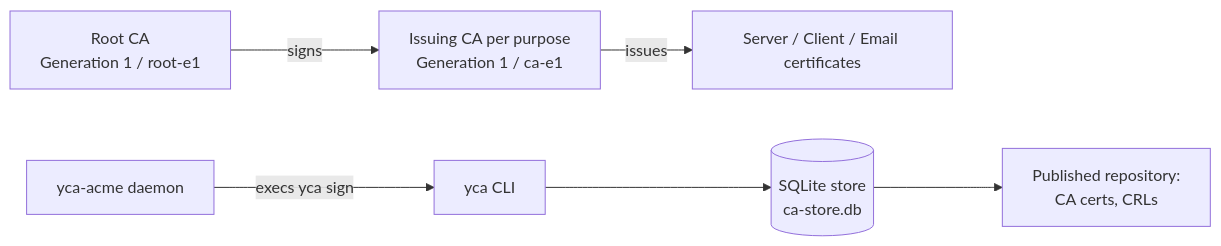
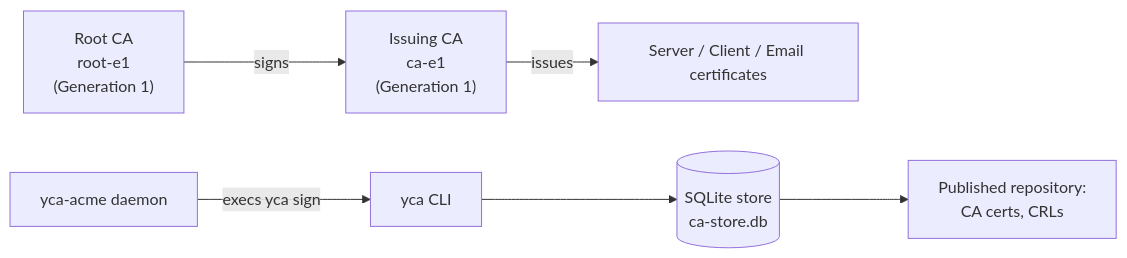
Before and after one commit to p7cq/yca: the diagram in README.md, drawn with Mermaid. The commit also changed other lines of this file and 2 other files, not shown here.

````diff
--- a/README.md
+++ b/README.md
@@ -9,8 +9,8 @@
 ```mermaid
 flowchart LR
-    R[Root CA<br/>Generation 1 / root-e1] -->|signs| S[Issuing CA per purpose<br/>Generation 1 / ca-e1]
+    R["Root CA<br/>root-e1<br/>(Generation 1)" ] -->|signs| S["Issuing CA<br/>ca-e1<br/>(Generation 1)"]
     S -->|issues| EE[Server / Client / Email certificates]
     CLI[yca CLI] --> ST[(SQLite store<br/>ca-store.db)]
     ACME[yca-acme daemon] -->|execs yca sign| CLI
     ST --> PUB[Published repository:<br/>CA certs, CRLs]
 ```
````
